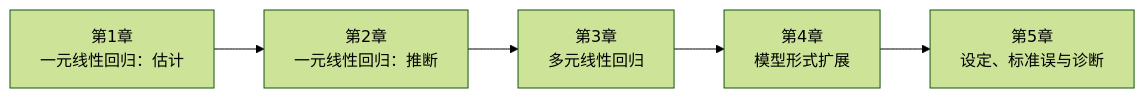
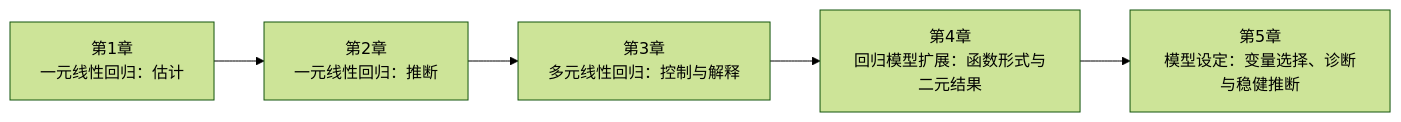
Before and after one commit to zhang-chenglei/Econometrics-course: the diagram in textbook/part1.qmd, drawn with Mermaid (forest theme). The commit also changed other lines of this file and 76 other files, not shown here.

````diff
--- a/textbook/part1.qmd
+++ b/textbook/part1.qmd
@@ -13,7 +13,7 @@
 ```mermaid
 flowchart LR
     A["第1章<br/>一元线性回归：估计"] --> B["第2章<br/>一元线性回归：推断"]
-    B --> C["第3章<br/>多元线性回归"]
-    C --> D["第4章<br/>模型形式扩展"]
-    D --> E["第5章<br/>设定、标准误与诊断"]
+    B --> C["第3章<br/>多元线性回归：控制与解释"]
+    C --> D["第4章<br/>回归模型扩展：函数形式与二元结果"]
+    D --> E["第5章<br/>模型设定：变量选择、诊断与稳健推断"]
 ```
````
